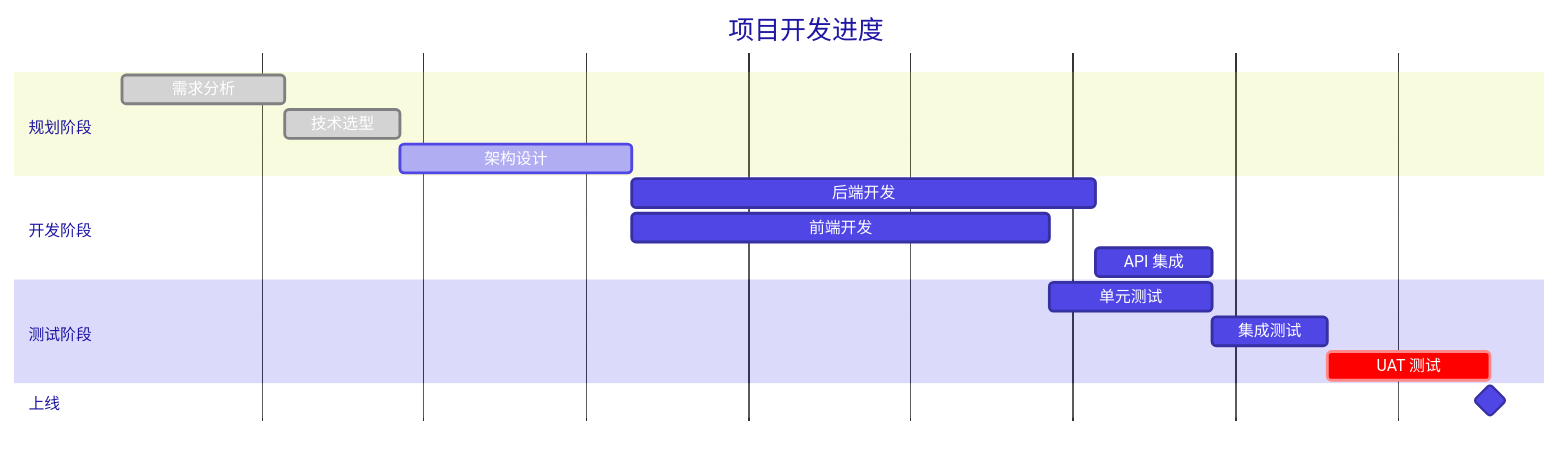
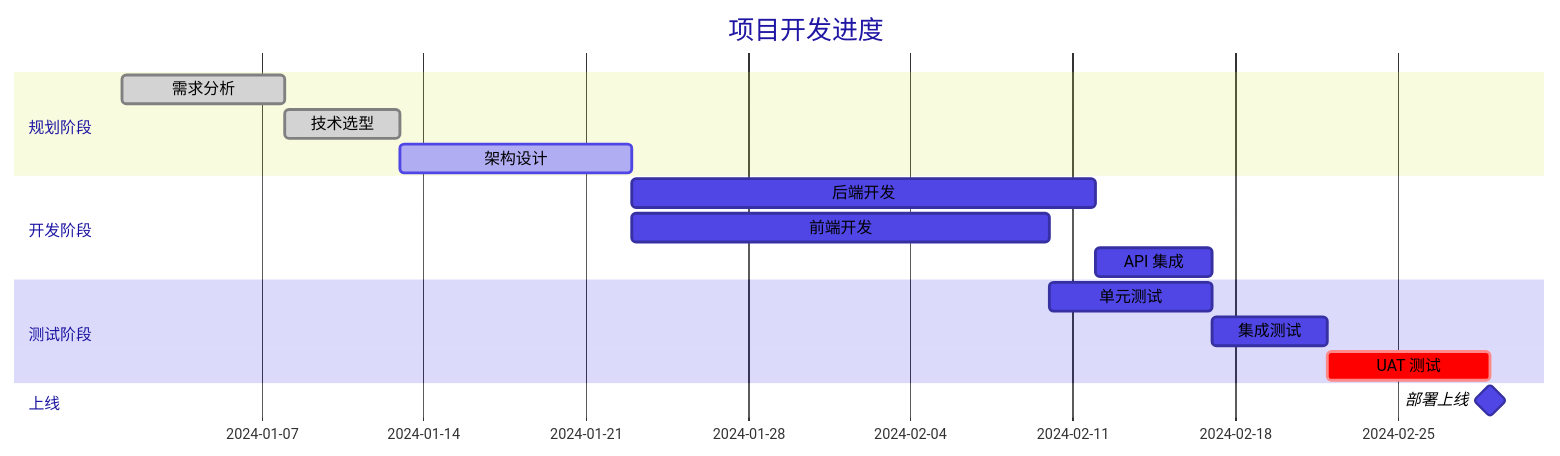
One commit to unix2dos/skills changed the tenth of 17 diagrams in mermaid-generator/SKILL.md. Above: the diagram before and after it, drawn with Mermaid. The commit also changed other lines of this file, not shown here.

Commit message:
feat: Change text color to black for better readability

````diff
--- a/mermaid-generator/SKILL.md
+++ b/mermaid-generator/SKILL.md
@@ -341,24 +341,24 @@
 ```mermaid
-%%{init: {'theme': 'base', 'themeVariables': {'primaryColor': '#4F46E5', 'primaryTextColor': '#fff', 'primaryBorderColor': '#3730A3', 'gridColor': '#E5E7EB', 'todayLineColor': '#EF4444'}}}%%
+%%{init: {'theme': 'base', 'themeVariables': {'primaryColor': '#4F46E5', 'primaryTextColor': '#000', 'primaryBorderColor': '#3730A3', 'gridColor': '#E5E7EB', 'todayLineColor': '#EF4444'}}}%%
 gantt
     title 项目开发进度
     dateFormat  YYYY-MM-DD
 
     section 规划阶段
     需求分析           :done,    des1, 2024-01-01, 7d
     技术选型           :done,    des2, after des1, 5d
     架构设计           :active,  des3, after des2, 10d
 
     section 开发阶段
     后端开发           :         dev1, after des3, 20d
     前端开发           :         dev2, after des3, 18d
     API 集成           :         dev3, after dev1, 5d
 
     section 测试阶段
     单元测试           :         test1, after dev2, 7d
     集成测试           :         test2, after dev3, 5d
     UAT 测试           :crit,    test3, after test2, 7d
 
     section 上线
     部署上线           :milestone, m1, after test3, 0d
 ```
````
